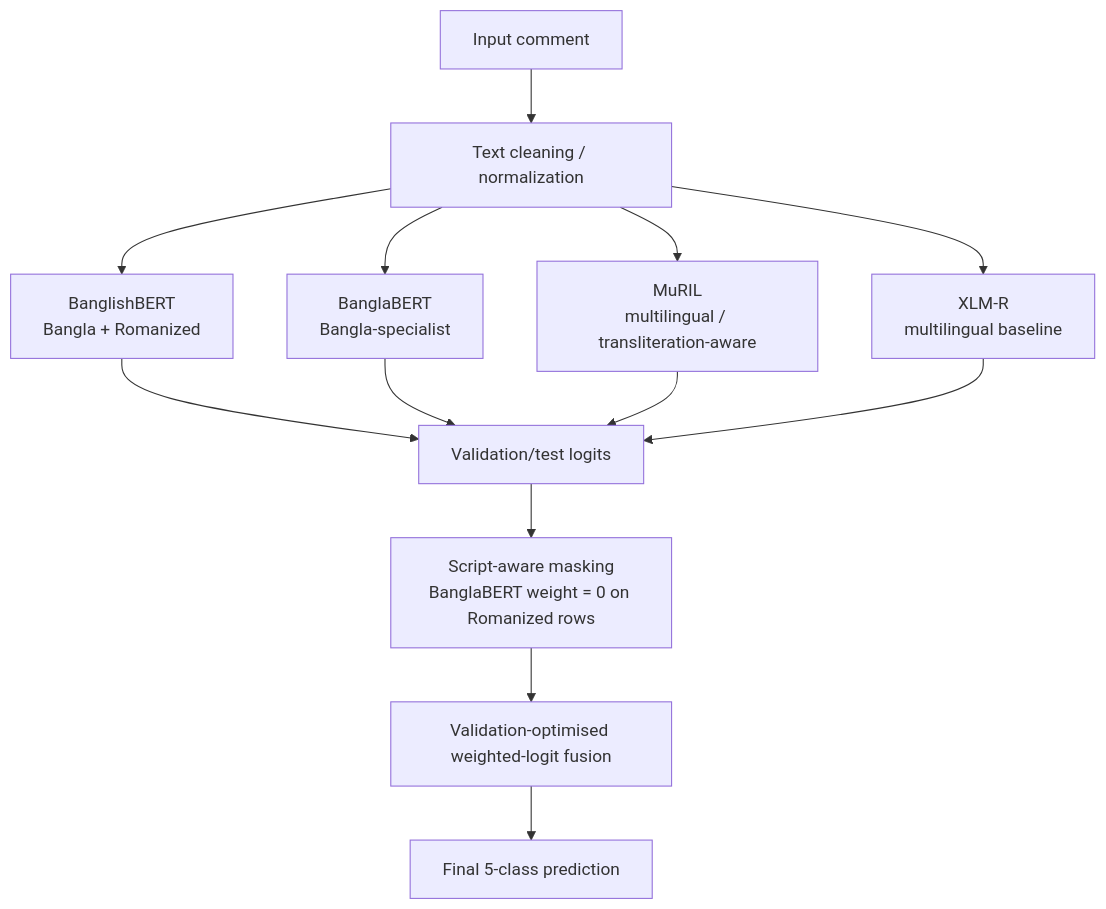
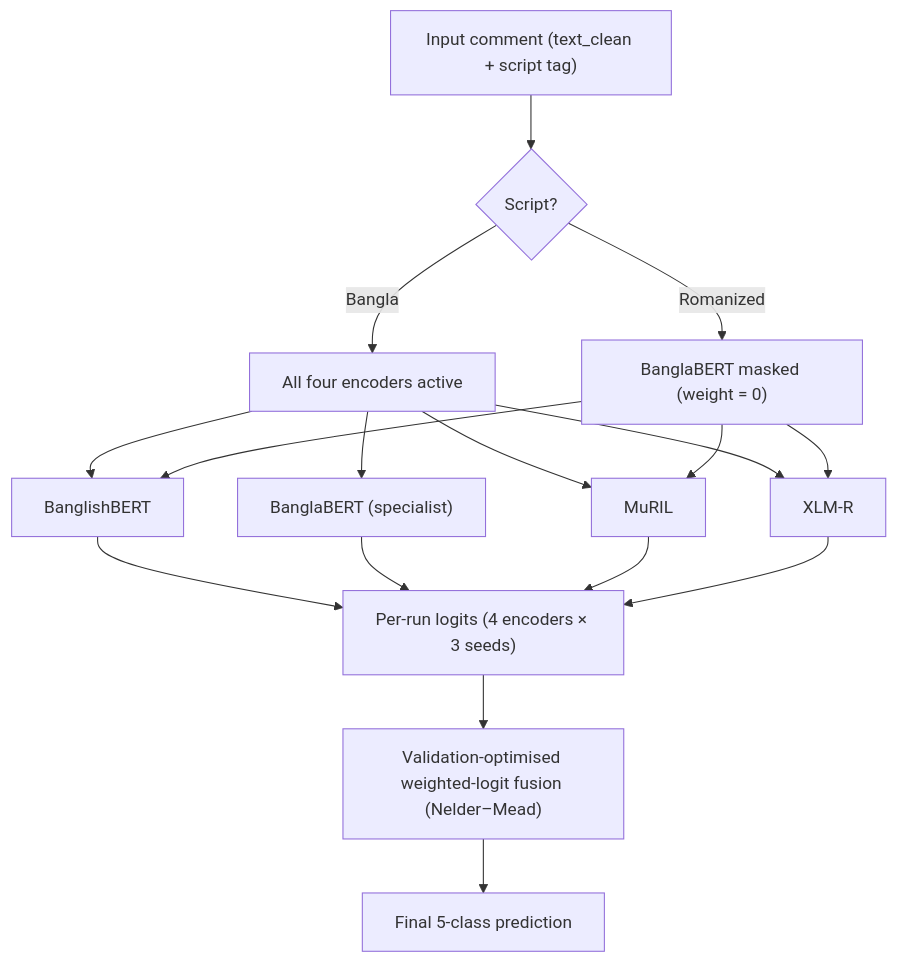
One commit to Sefayet-Alam/BanglaCyberBench changed the diagram in Readme.md. Above: the diagram before and after it, drawn with Mermaid. The commit also changed other lines of this file, not shown here.

````diff
--- a/Readme.md
+++ b/Readme.md
@@ -147,17 +128,22 @@
 ```mermaid
 flowchart TD
-  A["Input comment"] --> B["Text cleaning / normalization"]
-  B --> C1["BanglishBERT<br/>Bangla + Romanized"]
-  B --> C2["BanglaBERT<br/>Bangla-specialist"]
-  B --> C3["MuRIL<br/>multilingual / transliteration-aware"]
-  B --> C4["XLM-R<br/>multilingual baseline"]
+  A["Input comment (text_clean + script tag)"] --> R{"Script?"}
+  R -->|Bangla| B["All four encoders active"]
+  R -->|Romanized| C["BanglaBERT masked (weight = 0)"]
 
-  C1 --> D["Validation/test logits"]
-  C2 --> D
-  C3 --> D
-  C4 --> D
+  B --> E1["BanglishBERT"]
+  B --> E2["BanglaBERT (specialist)"]
+  B --> E3["MuRIL"]
+  B --> E4["XLM-R"]
+  C --> E1
+  C --> E3
+  C --> E4
 
-  D --> E["Script-aware masking<br/>BanglaBERT weight = 0 on Romanized rows"]
-  E --> F["Validation-optimised weighted-logit fusion"]
+  E1 --> D["Per-run logits (4 encoders × 3 seeds)"]
+  E2 --> D
+  E3 --> D
+  E4 --> D
+
+  D --> F["Validation-optimised weighted-logit fusion (Nelder–Mead)"]
   F --> G["Final 5-class prediction"]
 ```
````
